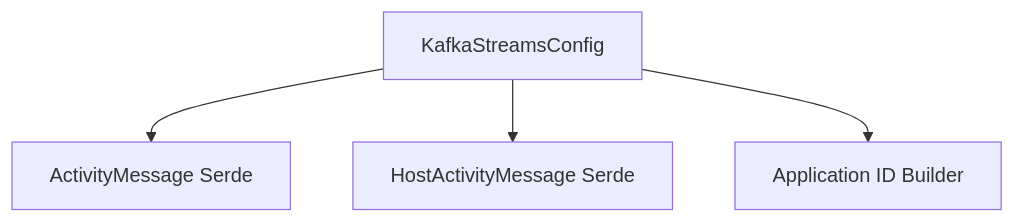
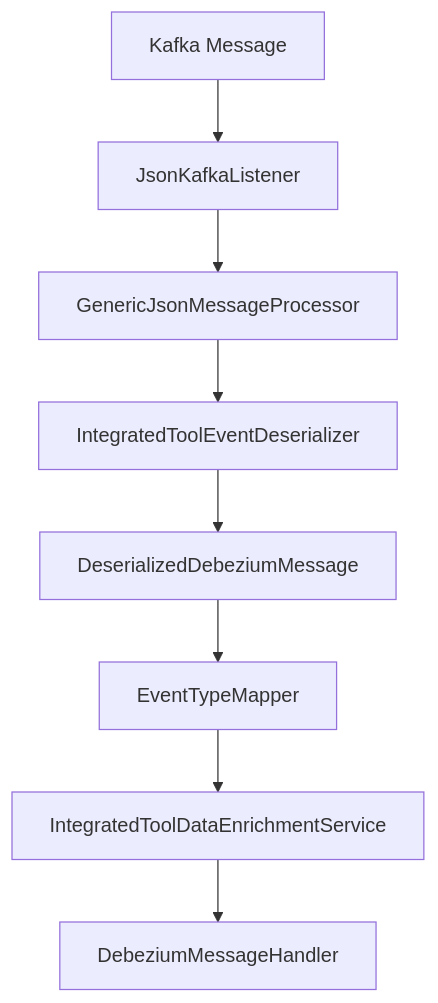
The second of 7 diagrams in docs/reference/architecture/stream-processing-core/stream-processing-core.md (flamingo-stack/openframe-oss-lib), drawn with Mermaid before and after one commit. The commit also changed other lines of this file and 172 other files, not shown here.

````diff
--- a/docs/reference/architecture/stream-processing-core/stream-processing-core.md
+++ b/docs/reference/architecture/stream-processing-core/stream-processing-core.md
@@ -64,6 +63,10 @@
 ```mermaid
 flowchart TD
-    StreamsConfig["KafkaStreamsConfig"] --> ActivitySerde["ActivityMessage Serde"]
-    StreamsConfig --> HostSerde["HostActivityMessage Serde"]
-    StreamsConfig --> AppId["Application ID Builder"]
+    A["Kafka Message"] --> B["JsonKafkaListener"]
+    B --> C["GenericJsonMessageProcessor"]
+    C --> D["IntegratedToolEventDeserializer"]
+    D --> E["DeserializedDebeziumMessage"]
+    E --> F["EventTypeMapper"]
+    F --> G["IntegratedToolDataEnrichmentService"]
+    G --> H["DebeziumMessageHandler"]
 ```
````
